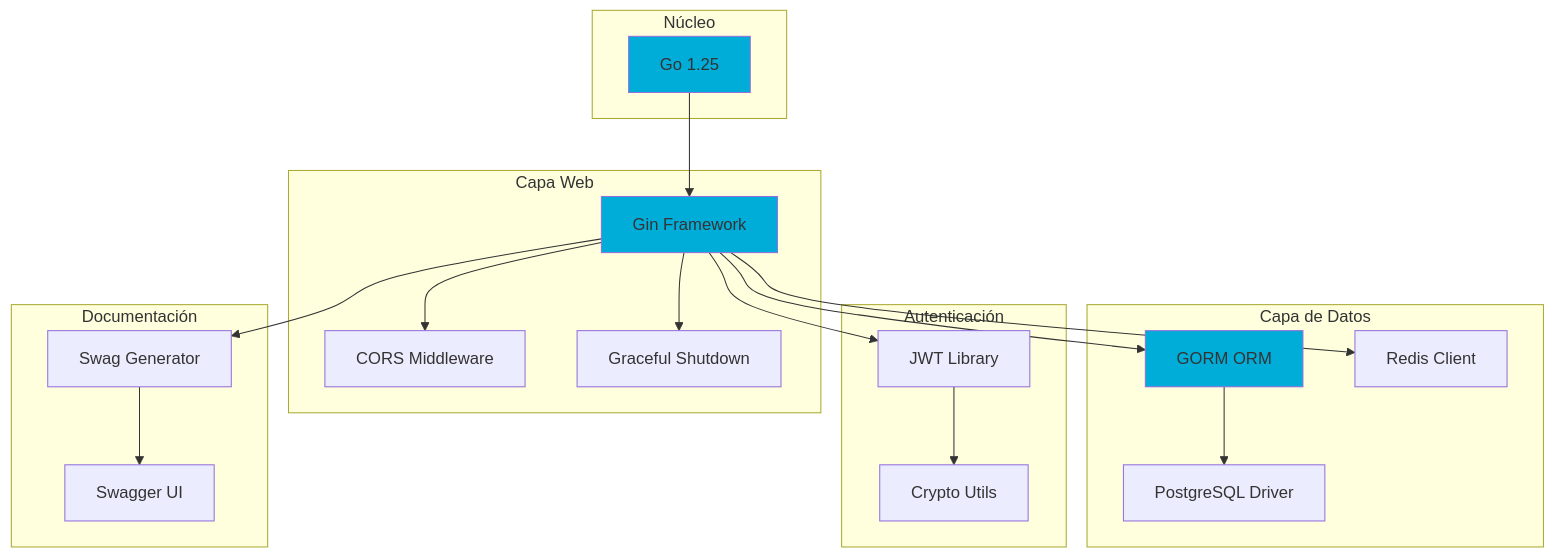
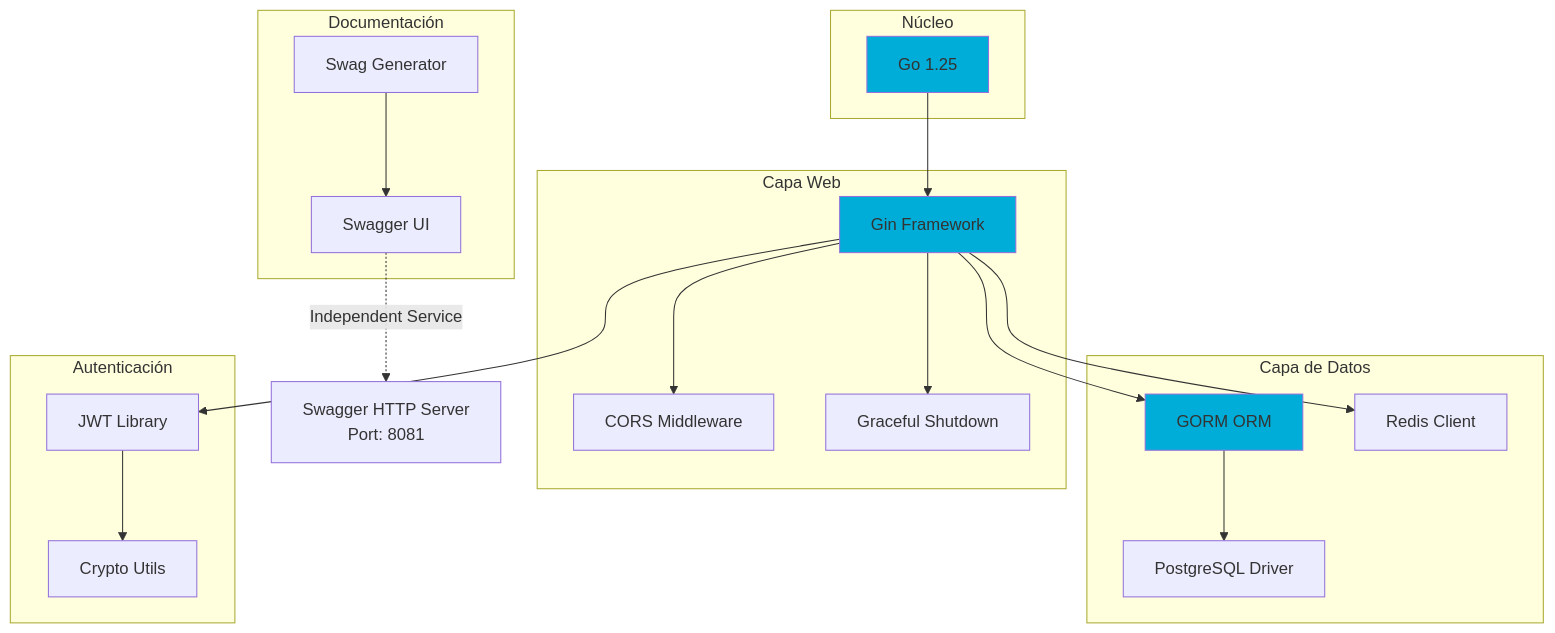
Before and after one commit to Simon3640/GoProjectSkeleton: diagram 16 of 27 in README.md, drawn with Mermaid. The commit also changed other lines of this file and 2 other files, not shown here.

Commit message:
:books: updating docs about swagger

````diff
--- a/README.md
+++ b/README.md
@@ -2758,43 +2793,43 @@
 ```mermaid
 graph TB
     subgraph Core["Núcleo"]
         Go[Go 1.25]
     end
 
     subgraph Web["Capa Web"]
         Gin[Gin Framework]
         CORS[CORS Middleware]
         Graceful[Graceful Shutdown]
     end
 
     subgraph Data["Capa de Datos"]
         GORM[GORM ORM]
         PostgreSQL[PostgreSQL Driver]
         Redis[Redis Client]
     end
 
     subgraph Auth["Autenticación"]
         JWT[JWT Library]
         Crypto[Crypto Utils]
     end
 
     subgraph Docs["Documentación"]
         Swag[Swag Generator]
         SwaggerUI[Swagger UI]
     end
 
     Go --> Gin
     Gin --> CORS
     Gin --> Graceful
     Gin --> GORM
     GORM --> PostgreSQL
     Gin --> Redis
     Gin --> JWT
     JWT --> Crypto
-    Gin --> Swag
     Swag --> SwaggerUI
+    SwaggerUI -.->|Independent Service| SwaggerServer[Swagger HTTP Server<br/>Port: 8081]
 
     style Go fill:#00ADD8
     style Gin fill:#00ADD8
     style GORM fill:#00ADD8
 ```
````
